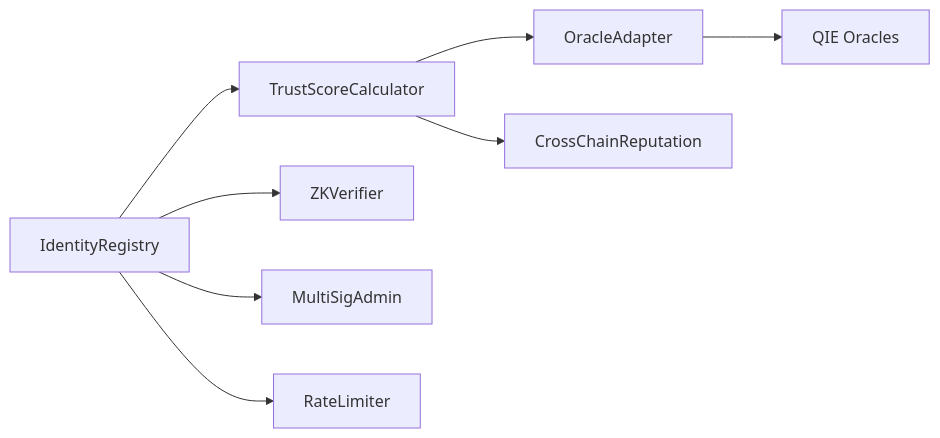
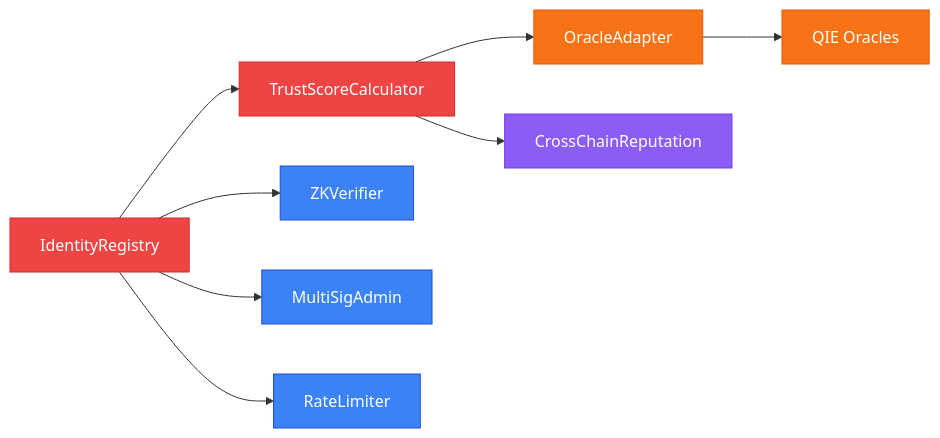
The second of 10 diagrams in Archiecture.md (yashodipmore/VeriChain-Identity-Protocol), drawn with Mermaid before and after one commit. The commit also changed other lines of this file, not shown here.

````diff
--- a/Archiecture.md
+++ b/Archiecture.md
@@ -41,11 +45,16 @@
 ```mermaid
 flowchart LR
-    IR[IdentityRegistry] --> TSC[TrustScoreCalculator]
-    TSC --> OA[OracleAdapter]
-    OA --> QIE[QIE Oracles]
+    IR[IdentityRegistry]:::core --> TSC[TrustScoreCalculator]:::core
+    TSC --> OA[OracleAdapter]:::oracle
+    OA --> QIE[QIE Oracles]:::oracle
     
-    IR --> ZKV[ZKVerifier]
-    IR --> MSA[MultiSigAdmin]
-    IR --> RL[RateLimiter]
-    TSC --> CCR[CrossChainReputation]
+    IR --> ZKV[ZKVerifier]:::security
+    IR --> MSA[MultiSigAdmin]:::security
+    IR --> RL[RateLimiter]:::security
+    TSC --> CCR[CrossChainReputation]:::rep
+
+    classDef core fill:#ef4444,stroke:#dc2626,color:#fff
+    classDef oracle fill:#f97316,stroke:#ea580c,color:#fff
+    classDef security fill:#3b82f6,stroke:#1d4ed8,color:#fff
+    classDef rep fill:#8b5cf6,stroke:#7c3aed,color:#fff
 ```
````
